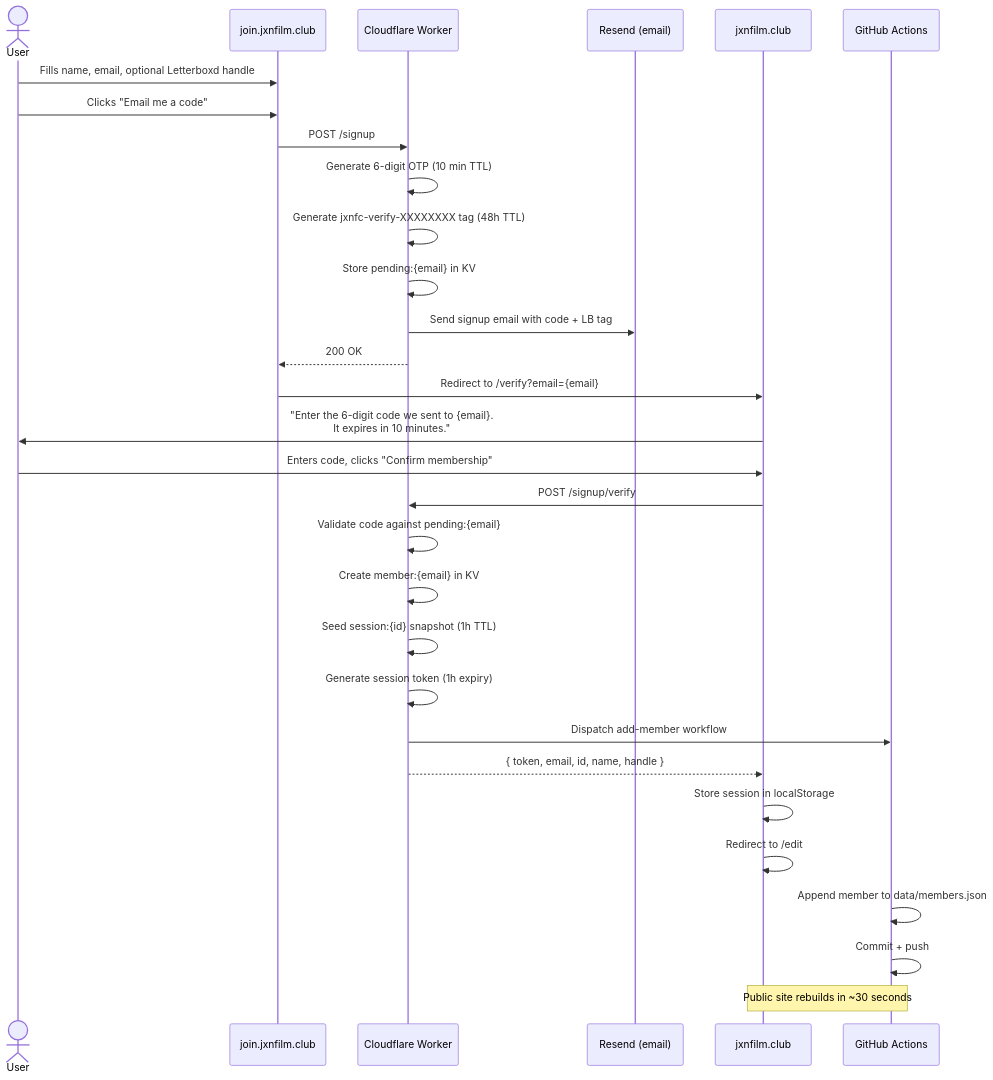
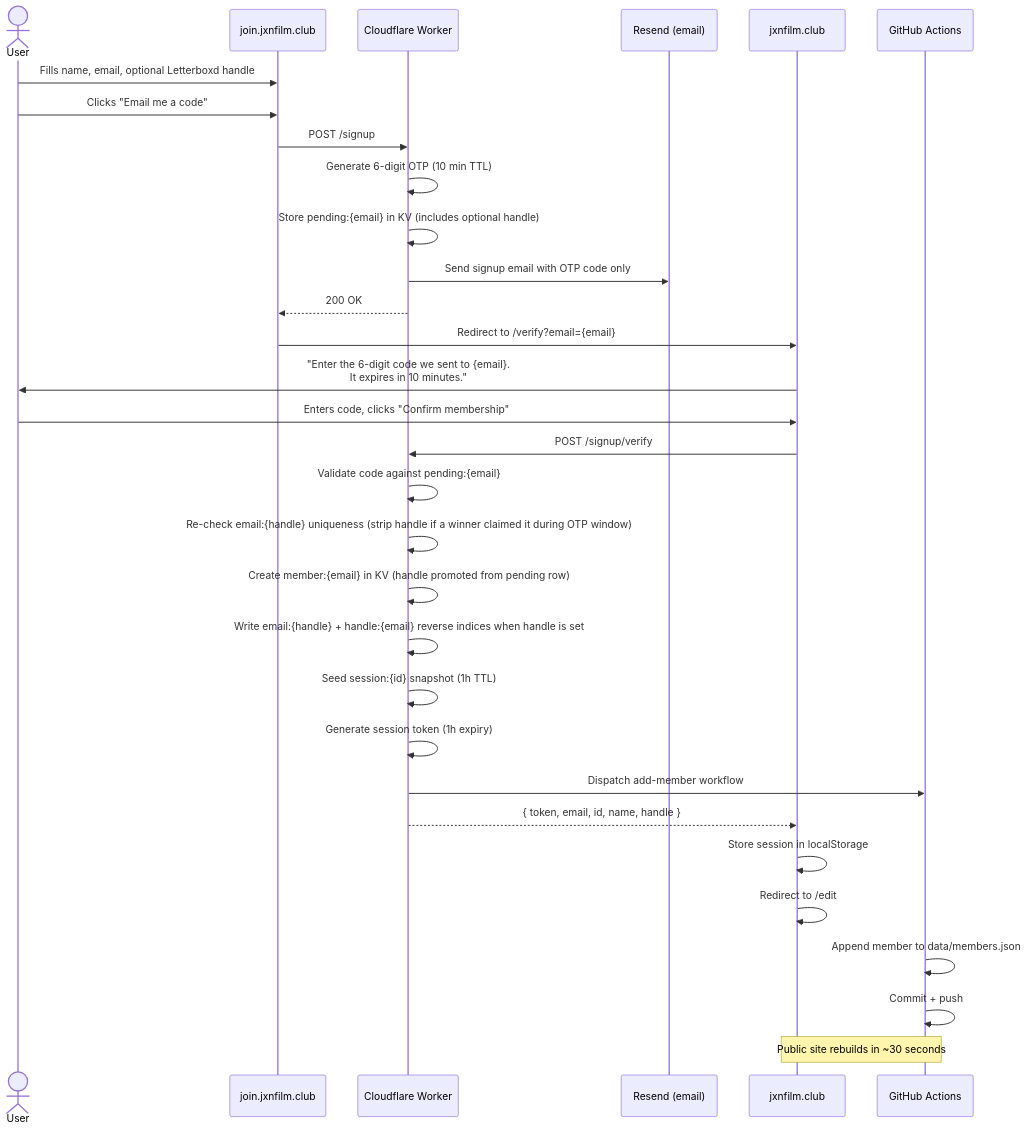
The diagram in docs/features/signup.md (michaellambgelo/jxnfilmclub), drawn with Mermaid before and after one commit. The commit also changed other lines of this file and 21 other files, not shown here.

````diff
--- a/docs/features/signup.md
+++ b/docs/features/signup.md
@@ -7,35 +7,36 @@
 ```mermaid
 sequenceDiagram
     actor User
     participant Join as join.jxnfilm.club
     participant Worker as Cloudflare Worker
     participant Email as Resend (email)
     participant Site as jxnfilm.club
     participant GH as GitHub Actions
 
     User->>Join: Fills name, email, optional Letterboxd handle
     User->>Join: Clicks "Email me a code"
     Join->>Worker: POST /signup
     Worker->>Worker: Generate 6-digit OTP (10 min TTL)
-    Worker->>Worker: Generate jxnfc-verify-XXXXXXXX tag (48h TTL)
-    Worker->>Worker: Store pending:{email} in KV
-    Worker->>Email: Send signup email with code + LB tag
+    Worker->>Worker: Store pending:{email} in KV (includes optional handle)
+    Worker->>Email: Send signup email with OTP code only
     Worker-->>Join: 200 OK
     Join->>Site: Redirect to /verify?email={email}
 
     Site->>User: "Enter the 6-digit code we sent to {email}.<br/>It expires in 10 minutes."
     User->>Site: Enters code, clicks "Confirm membership"
     Site->>Worker: POST /signup/verify
     Worker->>Worker: Validate code against pending:{email}
-    Worker->>Worker: Create member:{email} in KV
+    Worker->>Worker: Re-check email:{handle} uniqueness (strip handle if a winner claimed it during OTP window)
+    Worker->>Worker: Create member:{email} in KV (handle promoted from pending row)
+    Worker->>Worker: Write email:{handle} + handle:{email} reverse indices when handle is set
     Worker->>Worker: Seed session:{id} snapshot (1h TTL)
     Worker->>Worker: Generate session token (1h expiry)
     Worker->>GH: Dispatch add-member workflow
     Worker-->>Site: { token, email, id, name, handle }
     Site->>Site: Store session in localStorage
     Site->>Site: Redirect to /edit
 
     GH->>GH: Append member to data/members.json
     GH->>GH: Commit + push
     Note over GH,Site: Public site rebuilds in ~30 seconds
 ```
````
